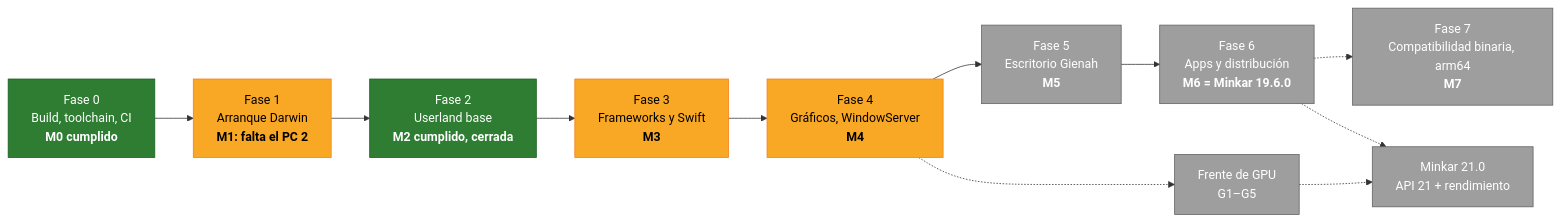
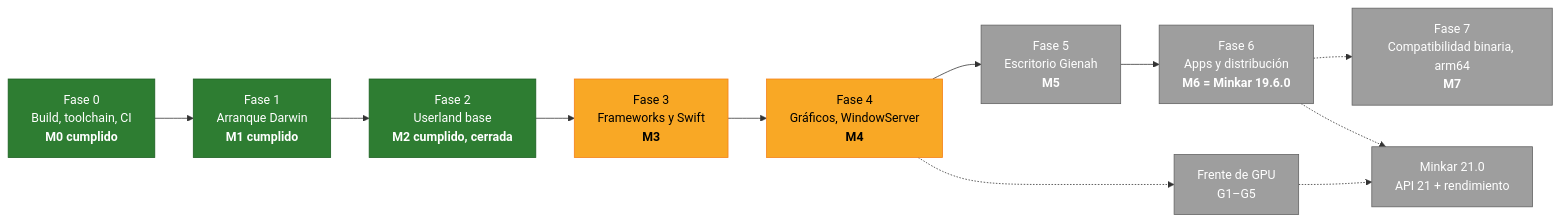
Before and after one commit to minkaros/minkar: the first of 4 diagrams in Docs/Progress.es.md, drawn with Mermaid. The commit also changed 4 other files, not shown here.

````diff
--- a/Docs/Progress.es.md
+++ b/Docs/Progress.es.md
@@ -11,23 +11,23 @@
 ```mermaid
 flowchart LR
     P0["Fase 0<br/>Build, toolchain, CI<br/><b>M0 cumplido</b>"]:::done
-    P1["Fase 1<br/>Arranque Darwin<br/><b>M1: falta el PC 2</b>"]:::partial
+    P1["Fase 1<br/>Arranque Darwin<br/><b>M1 cumplido</b>"]:::done
     P2["Fase 2<br/>Userland base<br/><b>M2 cumplido, cerrada</b>"]:::done
     P3["Fase 3<br/>Frameworks y Swift<br/><b>M3</b>"]:::partial
     P4["Fase 4<br/>Gráficos, WindowServer<br/><b>M4</b>"]:::partial
     P5["Fase 5<br/>Escritorio Gienah<br/><b>M5</b>"]:::todo
     P6["Fase 6<br/>Apps y distribución<br/><b>M6 = Minkar 19.6.0</b>"]:::todo
     P7["Fase 7<br/>Compatibilidad binaria, arm64<br/><b>M7</b>"]:::todo
     PERF["Minkar 21.0<br/>API 21 + rendimiento"]:::todo
     GPU["Frente de GPU<br/>G1–G5"]:::todo
 
     P0 --> P1 --> P2 --> P3 --> P4 --> P5 --> P6
     P6 -.-> P7
     P6 -.-> PERF
     GPU -.-> PERF
     P4 -.-> GPU
 
     classDef done fill:#2e7d32,stroke:#1b5e20,color:#fff
     classDef partial fill:#f9a825,stroke:#f57f17,color:#000
     classDef todo fill:#9e9e9e,stroke:#616161,color:#fff
 ```
````
